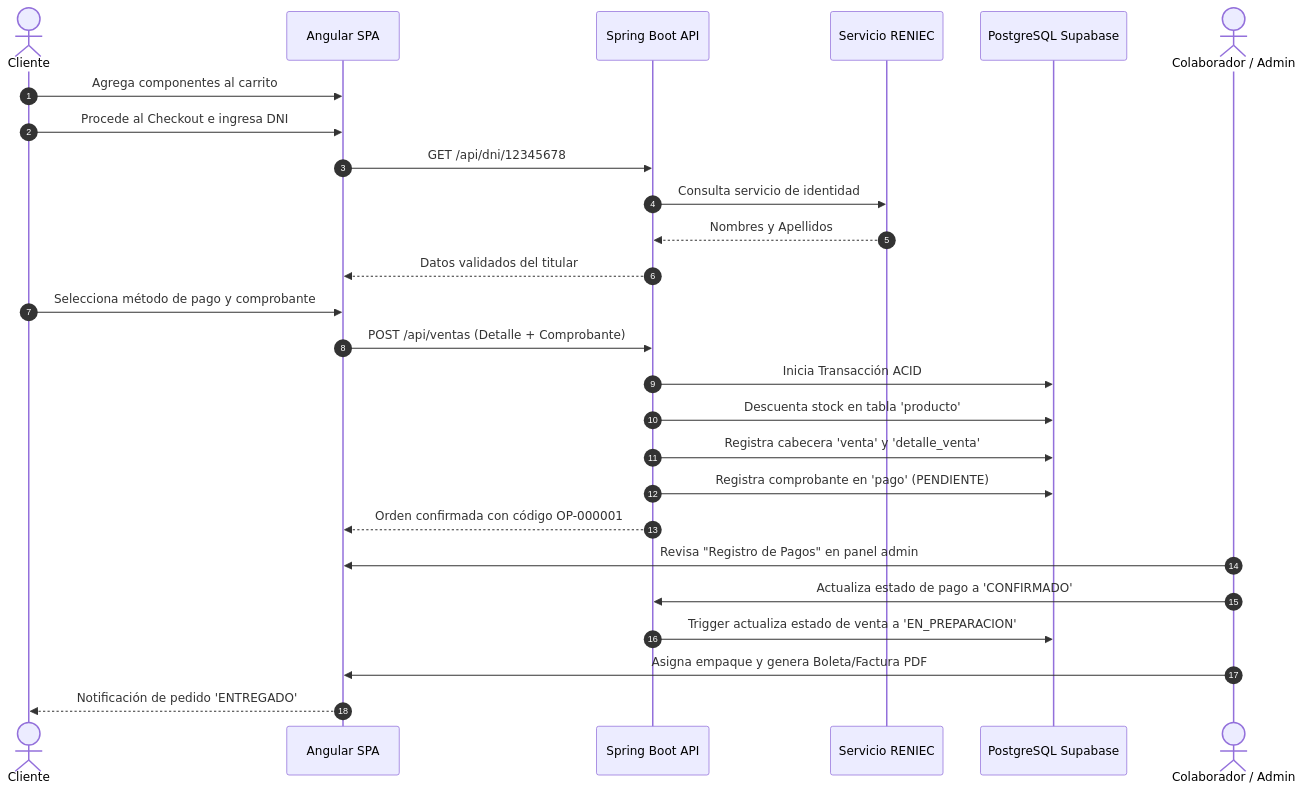
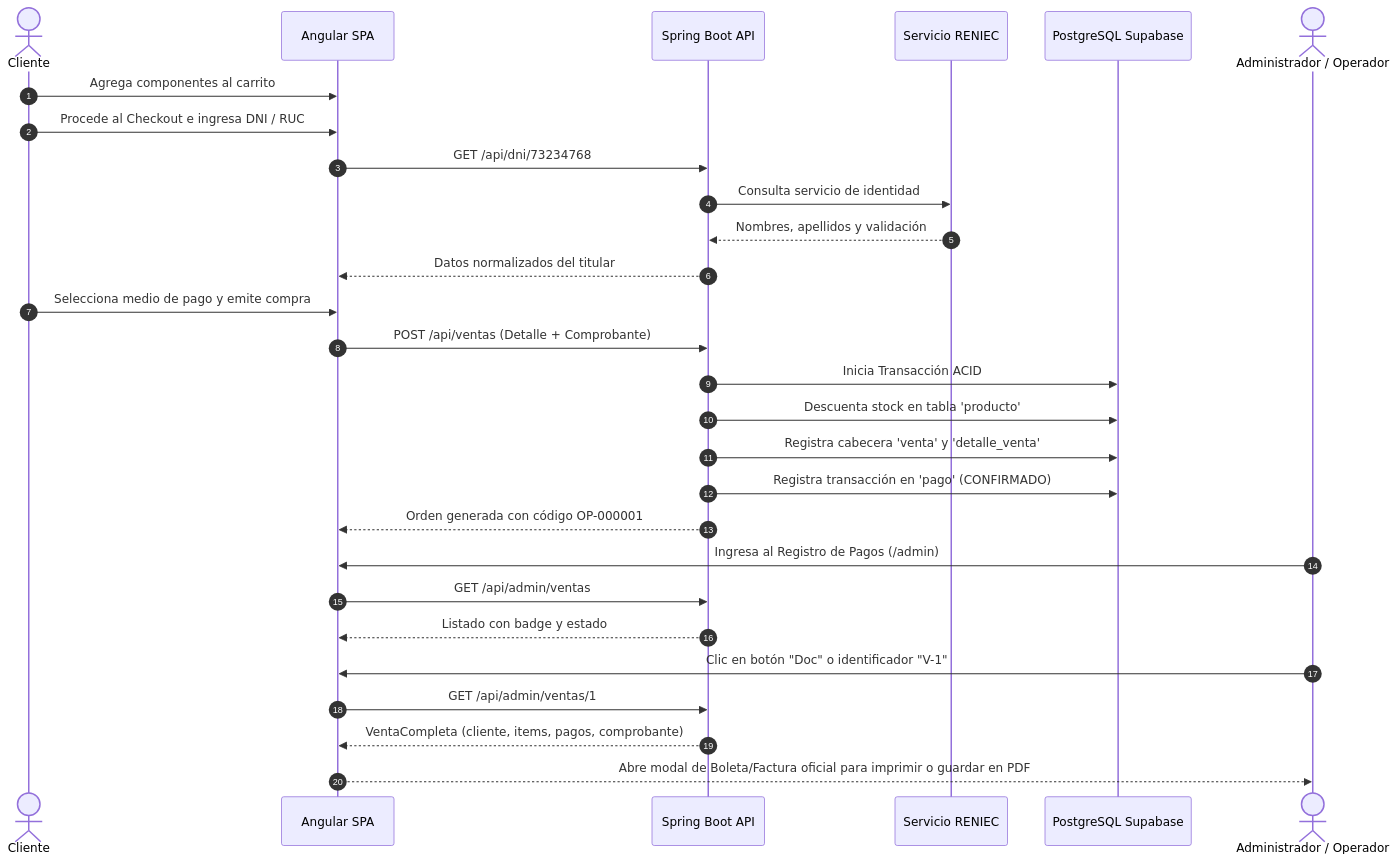
One commit to MrCarlos17A/TechZone changed the second of 6 diagrams in README.md. Above: the diagram before and after it, drawn with Mermaid. The commit also changed other lines of this file, not shown here.

Commit message:
Actualización de datos

````diff
--- a/README.md
+++ b/README.md
@@ -131,30 +137,32 @@
 ```mermaid
 sequenceDiagram
     autonumber
     actor Cliente as Cliente
     participant Front as Angular SPA
     participant Back as Spring Boot API
     participant RENIEC as Servicio RENIEC
     participant DB as PostgreSQL Supabase
-    actor Colab as Colaborador / Admin
+    actor Admin as Administrador / Operador
 
     Cliente->>Front: Agrega componentes al carrito
-    Cliente->>Front: Procede al Checkout e ingresa DNI
-    Front->>Back: GET /api/dni/12345678
+    Cliente->>Front: Procede al Checkout e ingresa DNI / RUC
+    Front->>Back: GET /api/dni/73234768
     Back->>RENIEC: Consulta servicio de identidad
-    RENIEC-->>Back: Nombres y Apellidos
-    Back-->>Front: Datos validados del titular
-    Cliente->>Front: Selecciona método de pago y comprobante
+    RENIEC-->>Back: Nombres, apellidos y validación
+    Back-->>Front: Datos normalizados del titular
+    Cliente->>Front: Selecciona medio de pago y emite compra
     Front->>Back: POST /api/ventas (Detalle + Comprobante)
     Back->>DB: Inicia Transacción ACID
     Back->>DB: Descuenta stock en tabla 'producto'
     Back->>DB: Registra cabecera 'venta' y 'detalle_venta'
-    Back->>DB: Registra comprobante en 'pago' (PENDIENTE)
-    Back-->>Front: Orden confirmada con código OP-000001
+    Back->>DB: Registra transacción en 'pago' (CONFIRMADO)
+    Back-->>Front: Orden generada con código OP-000001
     
-    Colab->>Front: Revisa "Registro de Pagos" en panel admin
-    Colab->>Back: Actualiza estado de pago a 'CONFIRMADO'
-    Back->>DB: Trigger actualiza estado de venta a 'EN_PREPARACION'
-    Colab->>Front: Asigna empaque y genera Boleta/Factura PDF
-    Front-->>Cliente: Notificación de pedido 'ENTREGADO'
+    Admin->>Front: Ingresa al Registro de Pagos (/admin)
+    Front->>Back: GET /api/admin/ventas
+    Back-->>Front: Listado con badge y estado
+    Admin->>Front: Clic en botón "Doc" o identificador "V-1"
+    Front->>Back: GET /api/admin/ventas/1
+    Back-->>Front: VentaCompleta (cliente, items, pagos, comprobante)
+    Front-->>Admin: Abre modal de Boleta/Factura oficial para imprimir o guardar en PDF
 ```
````
